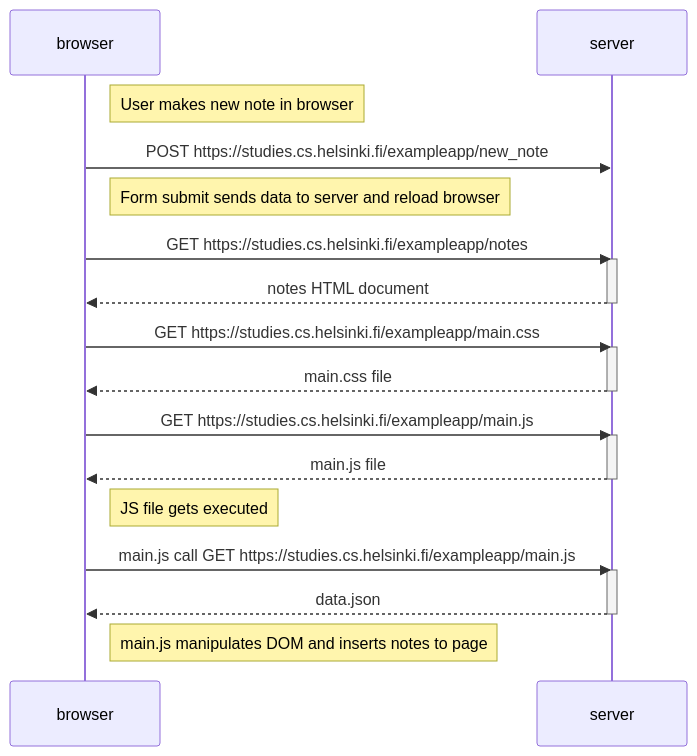
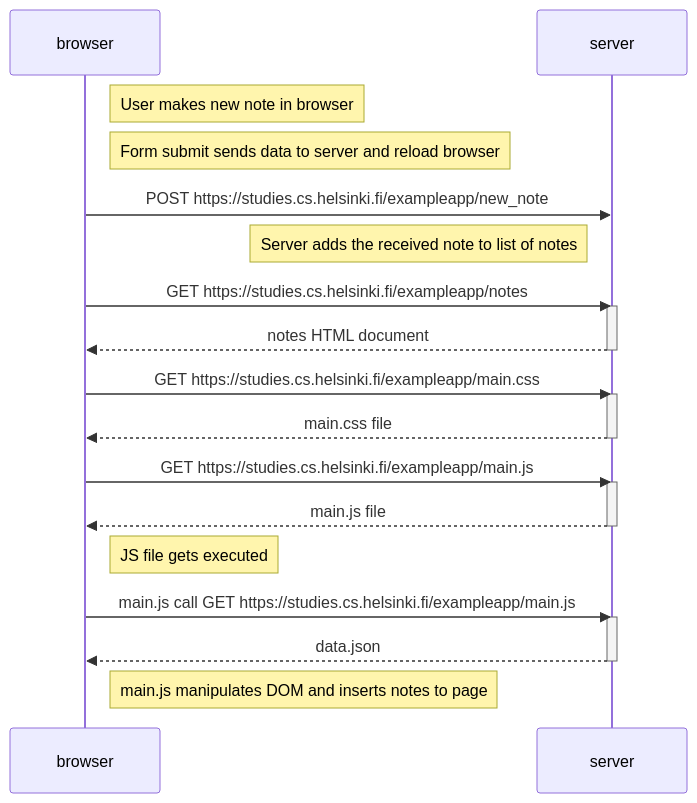
The diagram in part0/0-4-newnoteSD.md (ronttizz/mooc-full-stack), drawn with Mermaid before and after one commit.

Commit message:
Add and rearrange notes in the diagram

````diff
--- a/part0/0-4-newnoteSD.md
+++ b/part0/0-4-newnoteSD.md
@@ -1,35 +1,37 @@
 ```mermaid
 sequenceDiagram
     participant browser
     participant server
 
     Note right of browser: User makes new note in browser
+    
+    Note right of browser: Form submit sends data to server and reload browser
 
     browser->>server: POST https://studies.cs.helsinki.fi/exampleapp/new_note
-    
-    Note right of browser: Form submit sends data to server and reload browser
+
+    Note left of server: Server adds the received note to list of notes
 
     browser->>server: GET https://studies.cs.helsinki.fi/exampleapp/notes
     activate server
     server-->>browser: notes HTML document
     deactivate server
 
     browser->>server: GET https://studies.cs.helsinki.fi/exampleapp/main.css
     activate server
     server-->>browser: main.css file
     deactivate server
     
     browser->>server: GET https://studies.cs.helsinki.fi/exampleapp/main.js
     activate server
     server-->>browser: main.js file
     deactivate server
 
     Note right of browser: JS file gets executed
 
     browser->>server: main.js call GET https://studies.cs.helsinki.fi/exampleapp/main.js
     activate server
     server-->>browser: data.json
     deactivate server
 
     Note right of browser: main.js manipulates DOM and inserts notes to page
 ```
````
